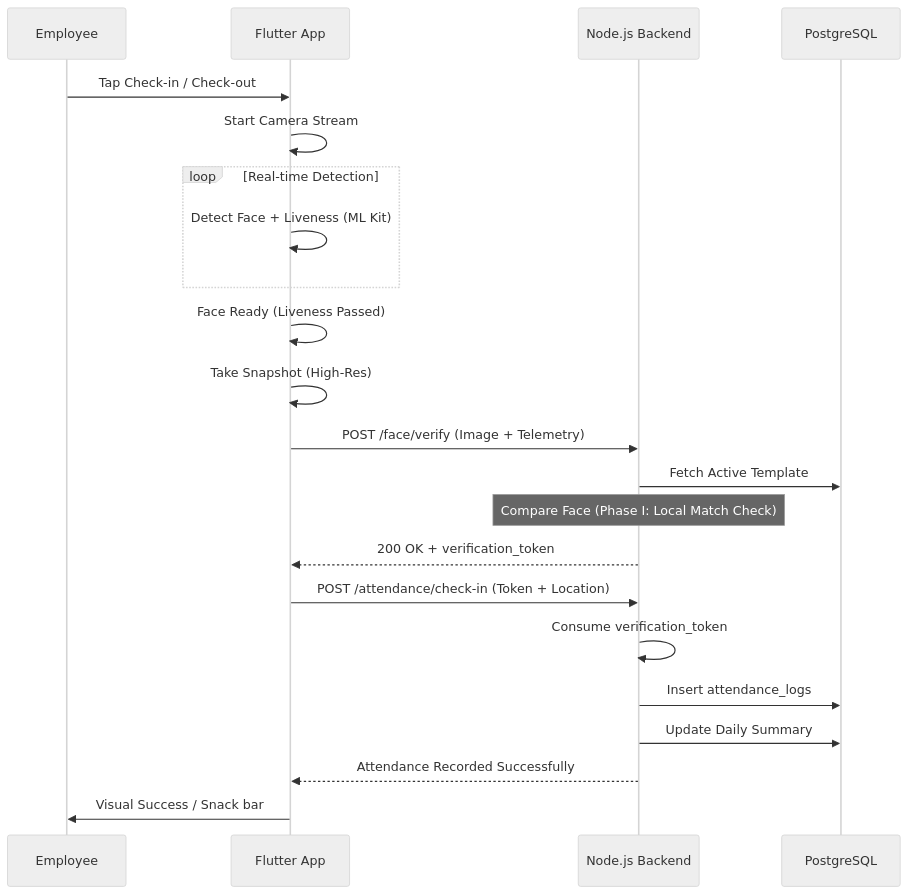
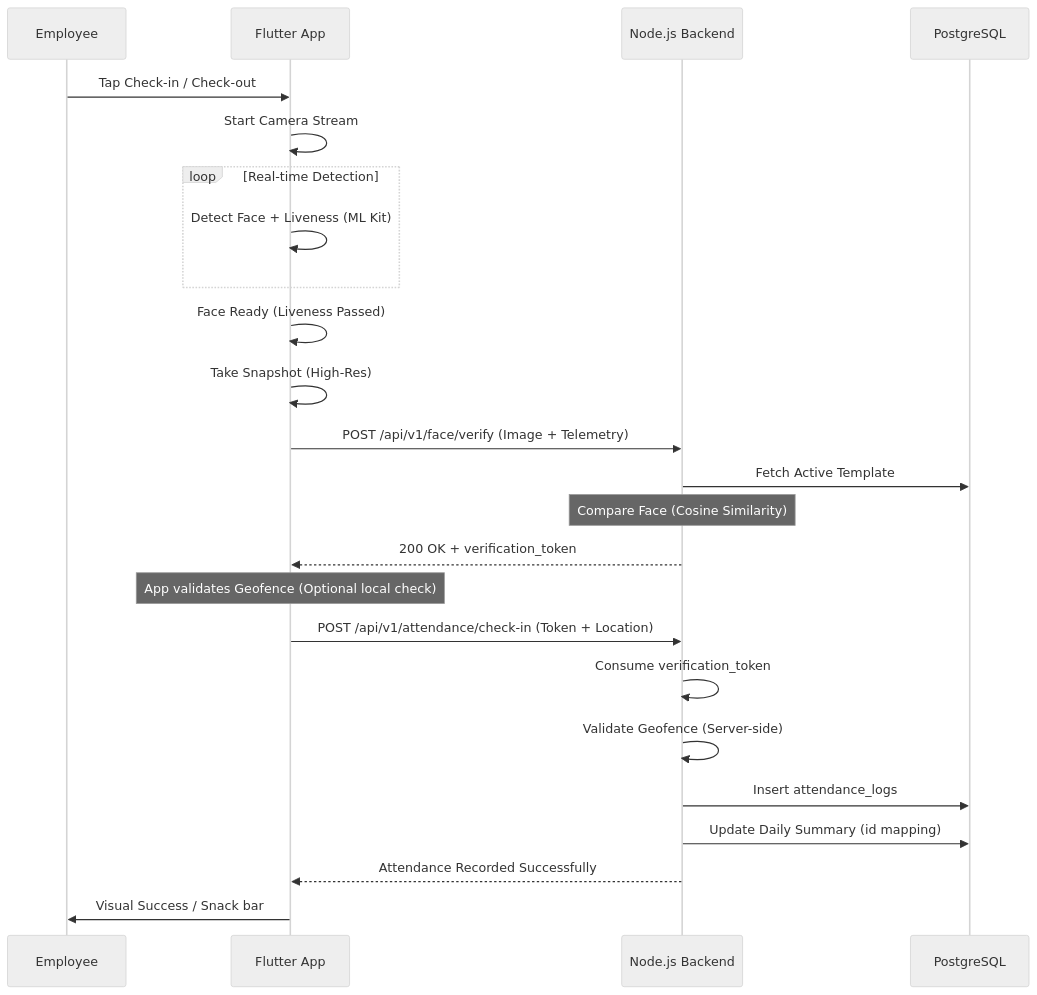
Before and after one commit to Santa8232/face_attendance_backend: the second of 2 diagrams in WORKFLOW.md, drawn with Mermaid (neutral theme). The commit also changed other lines of this file and 31 other files, not shown here.

Commit message:
feat: initialize backend project structure with database schema, migration script, and comprehensive controller and route definitions.

````diff
--- a/WORKFLOW.md
+++ b/WORKFLOW.md
@@ -48,30 +48,32 @@
 ```mermaid
 sequenceDiagram
     participant U as Employee
     participant APP as Flutter App
     participant API as Node.js Backend
     participant DB as PostgreSQL
 
     U->>APP: Tap Check-in / Check-out
     APP->>APP: Start Camera Stream
     
     loop Real-time Detection
         APP->>APP: Detect Face + Liveness (ML Kit)
     end
     
     APP->>APP: Face Ready (Liveness Passed)
     APP->>APP: Take Snapshot (High-Res)
     
-    APP->>API: POST /face/verify (Image + Telemetry)
+    APP->>API: POST /api/v1/face/verify (Image + Telemetry)
     API->>DB: Fetch Active Template
-    Note over API: Compare Face (Phase I: Local Match Check)
+    Note over API: Compare Face (Cosine Similarity)
     API-->>APP: 200 OK + verification_token
-
-    APP->>API: POST /attendance/check-in (Token + Location)
+    
+    Note over APP: App validates Geofence (Optional local check)
+    APP->>API: POST /api/v1/attendance/check-in (Token + Location)
     API->>API: Consume verification_token
+    API->>API: Validate Geofence (Server-side)
     API->>DB: Insert attendance_logs
-    API->>DB: Update Daily Summary
+    API->>DB: Update Daily Summary (id mapping)
     
     API-->>APP: Attendance Recorded Successfully
     APP->>U: Visual Success / Snack bar
 ```
````
